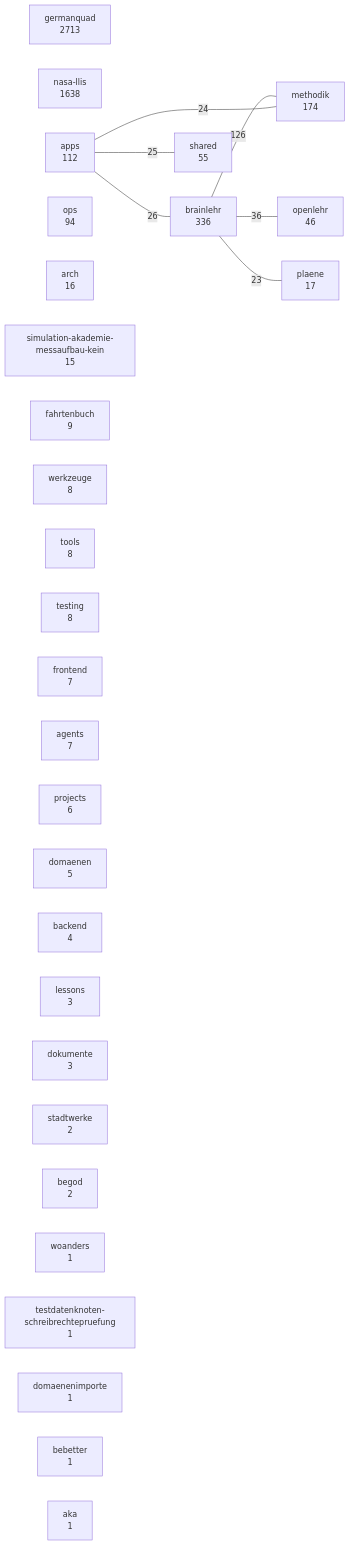
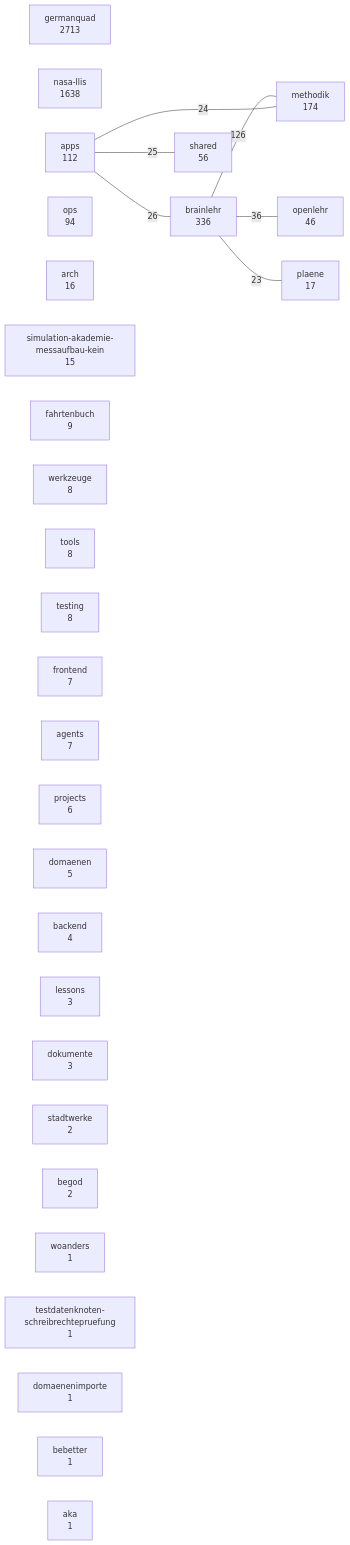
Before and after one commit to 3lehr/brainlehr: the diagram in docs/karten/bestand.md, drawn with Mermaid. The commit also changed 1 other file, not shown here.

Commit message:
docs(map): refresh shared inventory
Why: the map generator observed a current shared knowledge count after the evidence receipts.\n\nVerified: python3 melder/landkarten.py --code brainlehr hub.\n\nAI-Assisted-By: ChatGPT Codex\nAI-Agent: /root/project_context_consilium

````diff
--- a/docs/karten/bestand.md
+++ b/docs/karten/bestand.md
@@ -5,38 +5,38 @@
 ```mermaid
 graph LR
   germanquad["germanquad<br/>2713"]
   nasa_llis["nasa-llis<br/>1638"]
   brainlehr["brainlehr<br/>336"]
   methodik["methodik<br/>174"]
   apps["apps<br/>112"]
   ops["ops<br/>94"]
-  shared["shared<br/>55"]
+  shared["shared<br/>56"]
   openlehr["openlehr<br/>46"]
   plaene["plaene<br/>17"]
   arch["arch<br/>16"]
   simulation_akademie_messaufbau_kein["simulation-akademie-messaufbau-kein<br/>15"]
   fahrtenbuch["fahrtenbuch<br/>9"]
   werkzeuge["werkzeuge<br/>8"]
   tools["tools<br/>8"]
   testing["testing<br/>8"]
   frontend["frontend<br/>7"]
   agents["agents<br/>7"]
   projects["projects<br/>6"]
   domaenen["domaenen<br/>5"]
   backend["backend<br/>4"]
   lessons["lessons<br/>3"]
   dokumente["dokumente<br/>3"]
   stadtwerke["stadtwerke<br/>2"]
   begod["begod<br/>2"]
   woanders["woanders<br/>1"]
   testdatenknoten_schreibrechtepruefung["testdatenknoten-schreibrechtepruefung<br/>1"]
   domaenenimporte["domaenenimporte<br/>1"]
   bebetter["bebetter<br/>1"]
   aka["aka<br/>1"]
   brainlehr ---|126| methodik
   brainlehr ---|36| openlehr
   apps ---|26| brainlehr
   apps ---|25| shared
   apps ---|24| methodik
   brainlehr ---|23| plaene
 ```
````
